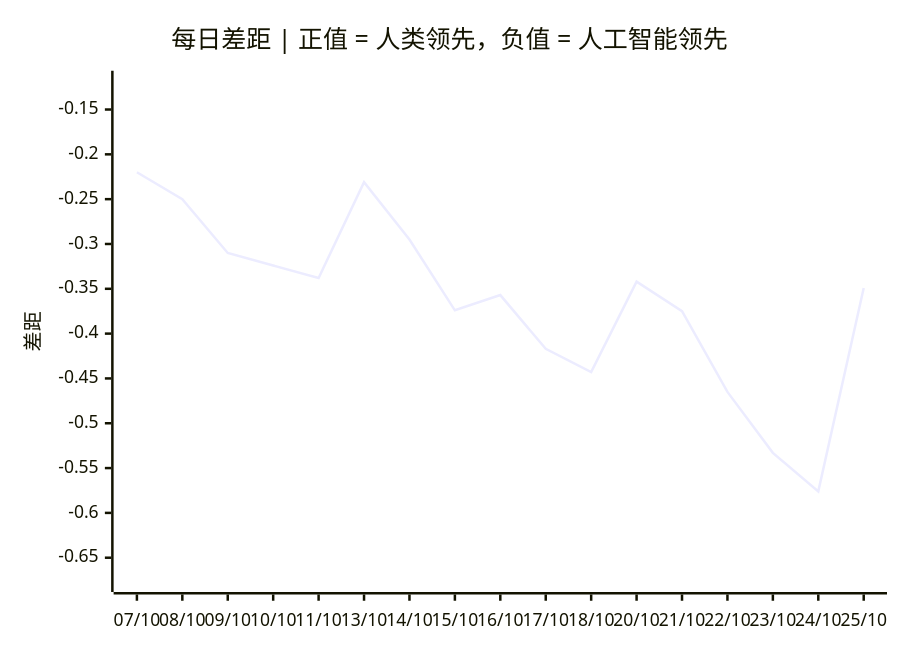
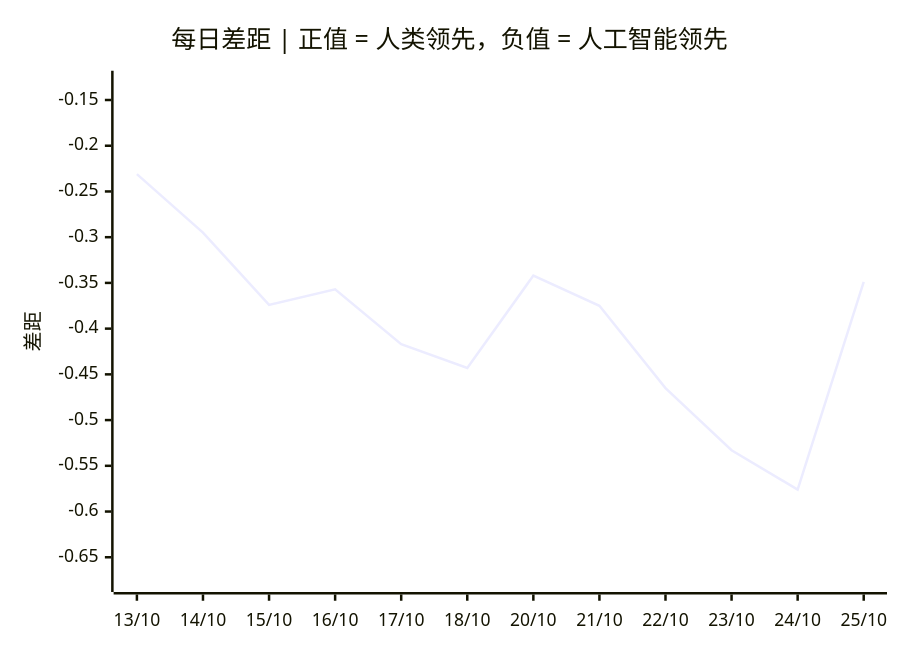
Before and after one commit to VQQLK/Human-AI-Monitor: the third of 3 diagrams in README.zh.md, drawn with Mermaid. The commit also changed other lines of this file and 2 other files, not shown here.

Commit message:
chore: sync latest [skip ci]

````diff
--- a/README.zh.md
+++ b/README.zh.md
@@ -56,7 +56,7 @@
 ```mermaid
 xychart-beta
     title "每日差距 | 正值 = 人类领先，负值 = 人工智能领先"
-    x-axis ["07/10", "08/10", "09/10", "10/10", "11/10", "13/10", "14/10", "15/10", "16/10", "17/10", "18/10", "20/10", "21/10", "22/10", "23/10", "24/10", "25/10"]
-    y-axis "差距" -0.675 --> -0.120
-    line [-0.220, -0.250, -0.310, -0.324, -0.338, -0.231, -0.295, -0.374, -0.357, -0.417, -0.443, -0.342, -0.375, -0.465, -0.533, -0.576, -0.349]
+    x-axis ["13/10", "14/10", "15/10", "16/10", "17/10", "18/10", "20/10", "21/10", "22/10", "23/10", "24/10", "25/10"]
+    y-axis "差距" -0.675 --> -0.131
+    line [-0.231, -0.295, -0.374, -0.357, -0.417, -0.443, -0.342, -0.375, -0.465, -0.533, -0.576, -0.349]
 ```
````
